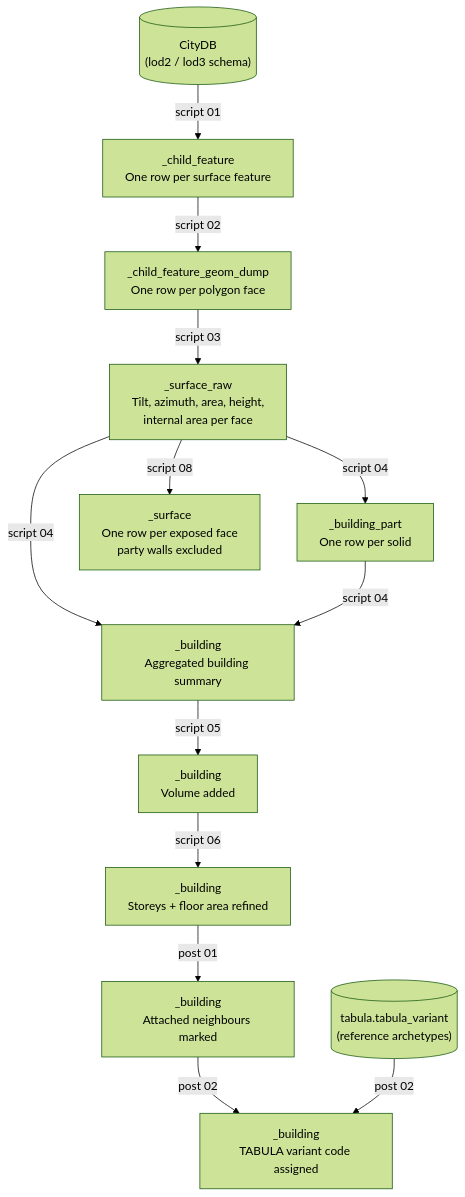
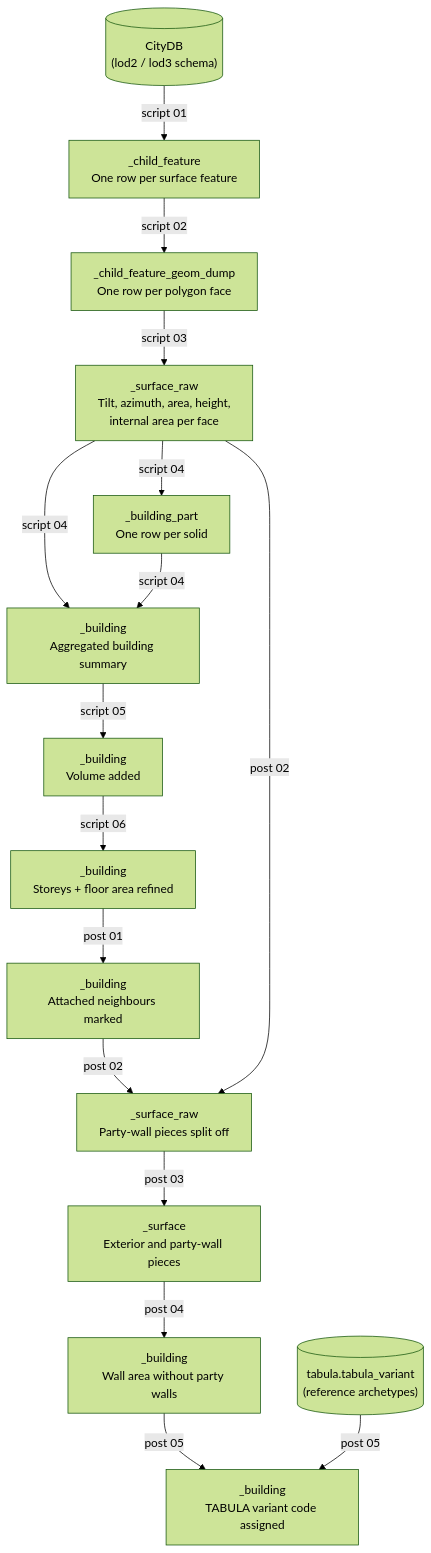
The diagram in docs/code/sql-pipeline/index.md (THD-Spatial-AI/city2tabula), drawn with Mermaid (forest theme) before and after one commit. The commit also changed other lines of this file and 20 other files, not shown here.

````diff
--- a/docs/code/sql-pipeline/index.md
+++ b/docs/code/sql-pipeline/index.md
@@ -34,15 +36,18 @@
 ```mermaid
 flowchart TD
     A[("CityDB<br>(lod2 / lod3 schema)")] -->|script 01| B["_child_feature<br>One row per surface feature"]
     B -->|script 02| C["_child_feature_geom_dump<br>One row per polygon face"]
     C -->|script 03| D["_surface_raw<br>Tilt, azimuth, area, height,<br>internal area per face"]
     D -->|script 04| P["_building_part<br>One row per solid"]
     D -->|script 04| E["_building<br>Aggregated building summary"]
     P -->|script 04| E
     E -->|script 05| F["_building<br>Volume added"]
     F -->|script 06| G["_building<br>Storeys + floor area refined"]
     G -->|post 01| N["_building<br>Attached neighbours marked"]
-    N -->|post 02| H["_building<br>TABULA variant code assigned"]
-    I[("tabula.tabula_variant<br>(reference archetypes)")] -->|post 02| H
-    D -->|script 08| J["_surface<br>One row per exposed face<br>party walls excluded"]
+    N -->|post 02| Q["_surface_raw<br>Party-wall pieces split off"]
+    D -->|post 02| Q
+    Q -->|post 03| J["_surface<br>Exterior and party-wall pieces"]
+    J -->|post 04| W["_building<br>Wall area without party walls"]
+    W -->|post 05| H["_building<br>TABULA variant code assigned"]
+    I[("tabula.tabula_variant<br>(reference archetypes)")] -->|post 05| H
 ```
````
